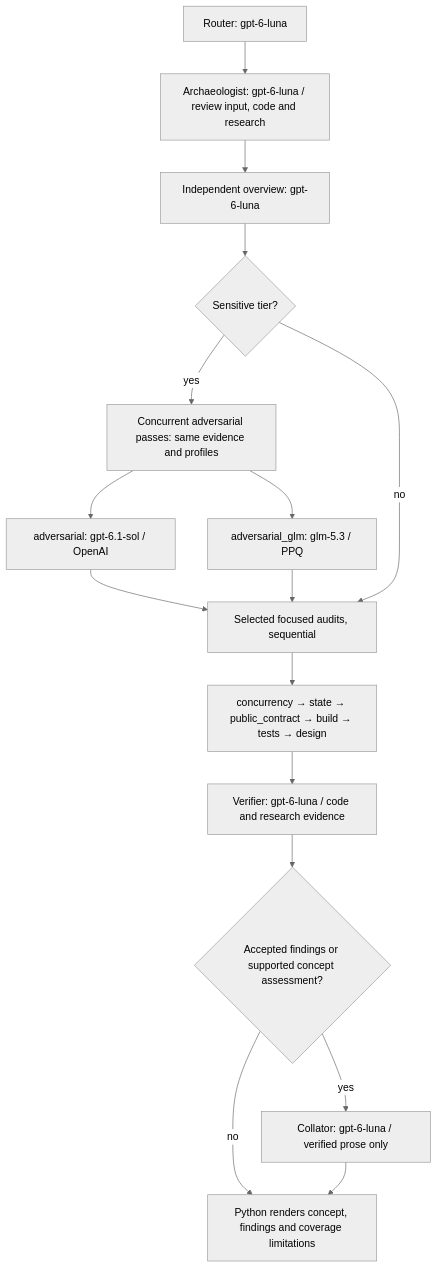
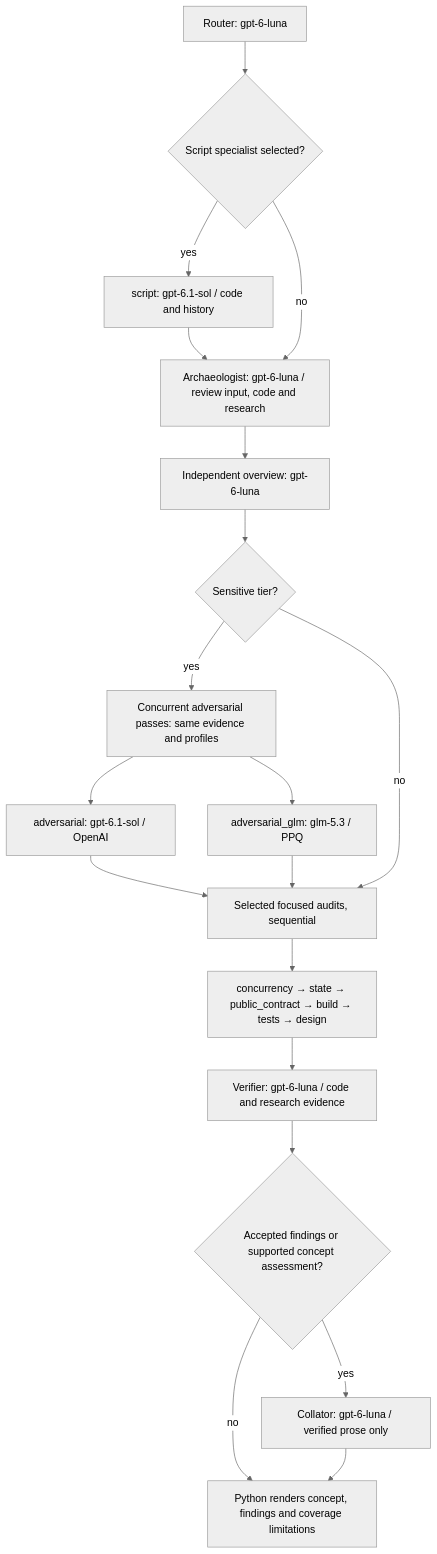
One commit to willcl-ark/nix changed the third of 4 diagrams in pkgs/ralph/README.md. Above: the diagram before and after it, drawn with Mermaid (neutral theme). The commit also changed other lines of this file and 15 other files, not shown here.

First line of the commit message:
Add selective script policy review

````diff
--- a/pkgs/ralph/README.md
+++ b/pkgs/ralph/README.md
@@ -102,18 +141,21 @@
 ```mermaid
 flowchart TD
-    route["Router: gpt-6-luna"] --> archaeology["Archaeologist: gpt-6-luna / review input, code and research"]
+    route["Router: gpt-6-luna"] --> script{"Script specialist selected?"}
+    script -->|yes| expert["script: gpt-6.1-sol / code and history"]
+    expert --> archaeology["Archaeologist: gpt-6-luna / review input, code and research"]
+    script -->|no| archaeology
     archaeology --> independent["Independent overview: gpt-6-luna"]
     independent --> sensitive{"Sensitive tier?"}
     sensitive -->|yes| pair["Concurrent adversarial passes: same evidence and profiles"]
     pair --> sol["adversarial: gpt-6.1-sol / OpenAI"]
     pair --> glm["adversarial_glm: glm-5.3 / PPQ"]
     sol --> focused["Selected focused audits, sequential"]
     glm --> focused
     sensitive -->|no| focused
     focused --> order["concurrency → state → public_contract → build → tests → design"]
     order --> verifier["Verifier: gpt-6-luna / code and research evidence"]
     verifier --> accepted{"Accepted findings or supported concept assessment?"}
     accepted -->|yes| collator["Collator: gpt-6-luna / verified prose only"]
     accepted -->|no| render["Python renders concept, findings and coverage limitations"]
     collator --> render
 ```
````
